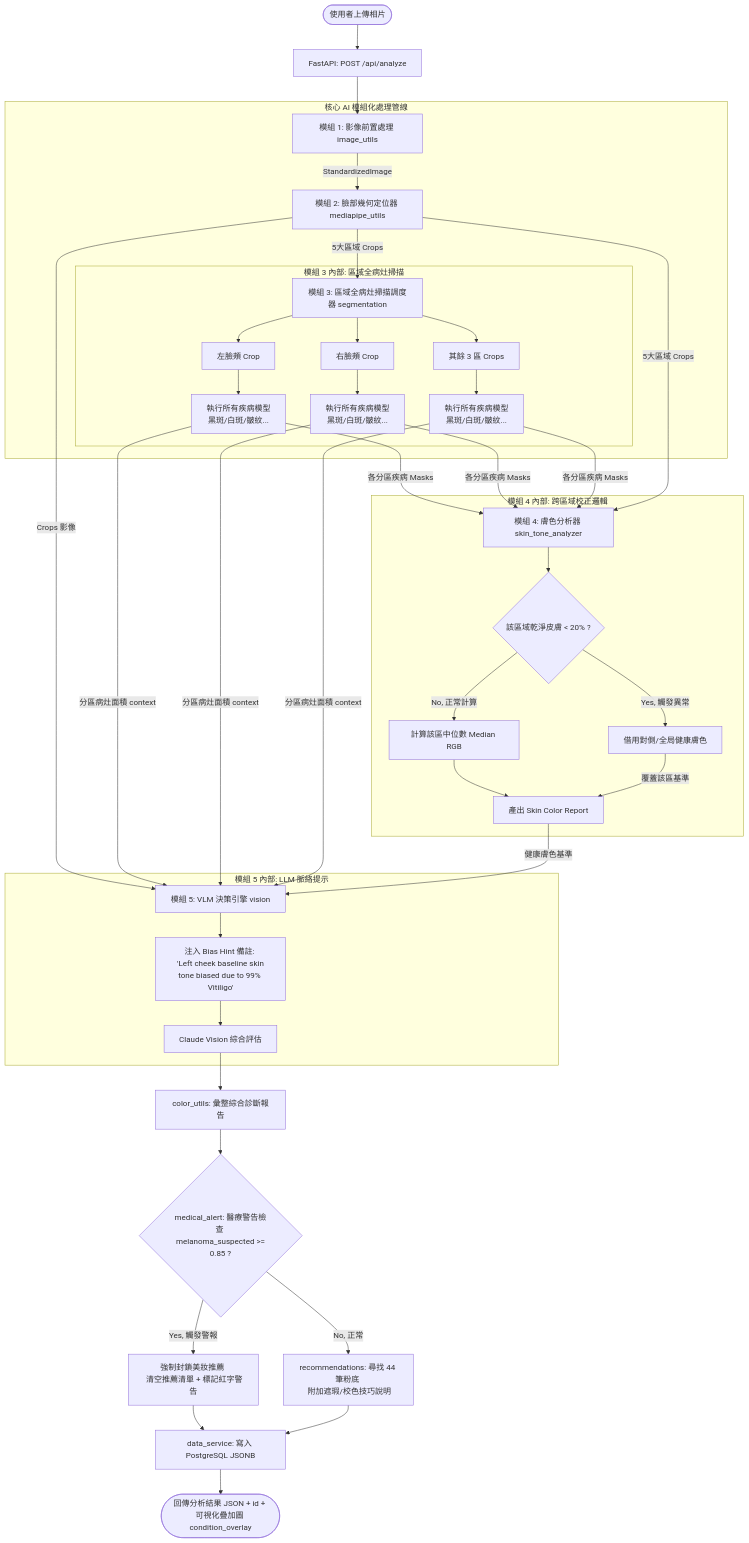
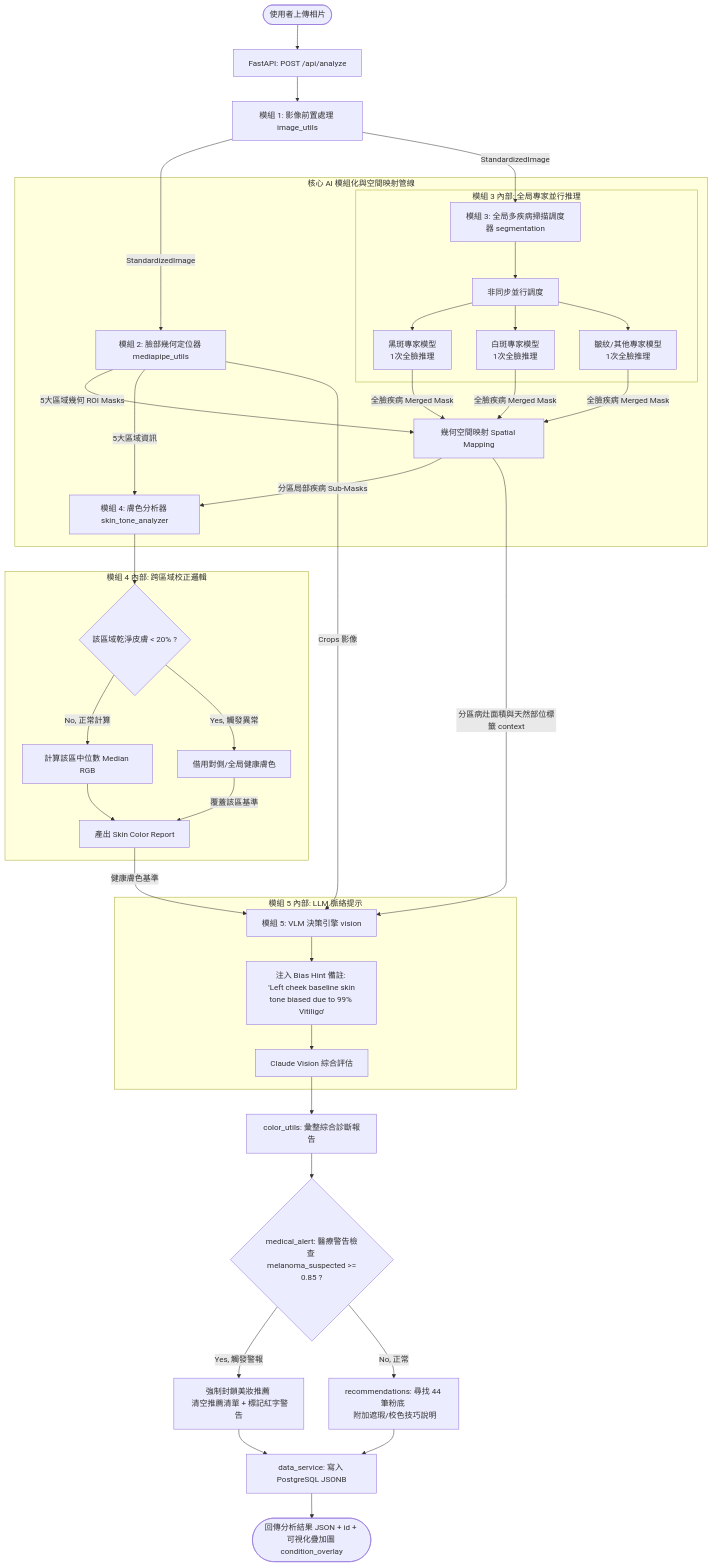
One commit to liggiaelena/Back_Lumiere changed the diagram in documentation/框架修改.md. Above: the diagram before and after it, drawn with Mermaid. The commit also changed other lines of this file and 1 other file, not shown here.

````diff
--- a/documentation/框架修改.md
+++ b/documentation/框架修改.md
@@ -5,54 +5,59 @@
 ```mermaid
 graph TD
     User([使用者上傳相片]) --> API[FastAPI: POST /api/analyze]
     API --> M1[模組 1: 影像前置處理 image_utils]
     
-    %% 核心 AI 處理管線 (M2, M3, M4)
-    subgraph AI Pipeline [核心 AI 模組化處理管線]
-        M1 -->|StandardizedImage| M2[模組 2: 臉部幾何定位器 mediapipe_utils]
+    %% M1 直接交給 M2 與 M3，維持非破壞性全臉影像推理
+    M1 -->|StandardizedImage| M2[模組 2: 臉部幾何定位器 mediapipe_utils]
+    M1 -->|StandardizedImage| M3[模組 3: 全局多疾病掃描調度器 segmentation]
+    
+    subgraph AI Pipeline [核心 AI 模組化與空間映射管線]
+        %% M2 產出全臉幾何 ROI 遮罩
+        M2 -->|5大區域幾何 ROI Masks| Map[幾何空間映射 Spatial Mapping]
         
-        %% M2 產出分區 Crops 後，再交給 M3 進行局部疾病檢測
-        M2 -->|5大區域 Crops| M3[模組 3: 區域全病灶掃描調度器 segmentation]
+        %% M3 進行全局並行推理，避免 Crop 造成模型失準，同時大幅降低 GPU 記憶體開銷
+        subgraph M3_Internal [模組 3 內部: 全局專家並行推理]
+            M3 --> ParallelScan[非同步並行調度]
+            ParallelScan --> Seg1[黑斑專家模型 \n 1次全臉推理]
+            ParallelScan --> Seg2[白斑專家模型 \n 1次全臉推理]
+            ParallelScan --> Seg3[皺紋/其他專家模型 \n 1次全臉推理]
+        end
         
-        %% M3 內部對每個區域跑所有模型
-        subgraph M3_Internal [模組 3 內部: 區域全病灶掃描]
-            M3 --> Crop1[左臉頰 Crop] --> Scan1[執行所有疾病模型 \n 黑斑/白斑/皺紋...]
-            M3 --> Crop2[右臉頰 Crop] --> Scan2[執行所有疾病模型 \n 黑斑/白斑/皺紋...]
-            M3 --> Crop3[其餘 3 區 Crops] --> Scan3[執行所有疾病模型 \n 黑斑/白斑/皺紋...]
-        end
+        %% 空間映射與融合 (利用矩陣按位與運算：Merged Mask AND ROI Mask)
+        Seg1 & Seg2 & Seg3 -->|全臉疾病 Merged Mask| Map
+        Map -->|分區局部疾病 Sub-Masks| M4[模組 4: 膚色分析器 skin_tone_analyzer]
     end
 
-    %% M4 結合分區影像與對應的局部病灶遮罩
-    Scan1 & Scan2 & Scan3 -->|各分區疾病 Masks| M4[模組 4: 膚色分析器 skin_tone_analyzer]
-    M2 -->|5大區域 Crops| M4
+    %% M4 結合 M2 的分區資訊與映射後的 Sub-Masks
+    M2 -->|5大區域資訊| M4
 
     %% M4 內部跨區域校正
     subgraph M4_Internal [模組 4 內部: 跨區域校正邏輯]
         M4 --> Step1{該區域乾淨皮膚 < 20% ?}
         Step1 -->|No, 正常計算| Normal[計算該區中位數 Median RGB]
         Step1 -->|Yes, 觸發異常| Symmetrical[借用對側/全局健康膚色]
         Normal --> Step2[產出 Skin Color Report]
         Symmetrical -->|覆蓋該區基準| Step2
     end
 
     %% M5 VLM 決策
     M2 -->|Crops 影像| M5[模組 5: VLM 決策引擎 vision]
-    Scan1 & Scan2 & Scan3 -->|分區病灶面積 context| M5
+    Map -->|分區病灶面積與天然部位標籤 context| M5
     Step2 -->|健康膚色基準| M5
     
     subgraph M5_Internal [模組 5 內部: LLM 脈絡提示]
         M5 --> Prompt[注入 Bias Hint 備註: \n 'Left cheek baseline skin tone biased due to 99% Vitiligo']
         Prompt --> Claude[Claude Vision 綜合評估]
     end
     
-    %% 決策與後處理
+    %% 決策與後處理 (整合舊版邏輯)
     Claude --> FinalReport[color_utils: 彙整綜合診斷報告]
     FinalReport --> Triage{medical_alert: 醫療警告檢查 \n melanoma_suspected >= 0.85 ?}
     Triage -->|Yes, 觸發警報| Block[強制封鎖美妝推薦 \n 清空推薦清單 + 標記紅字警告]
     Triage -->|No, 正常| RecOK[recommendations: 尋找 44 筆粉底 \n 附加遮瑕/校色技巧說明]
     
     Block --> SaveDB[data_service: 寫入 PostgreSQL JSONB]
     RecOK --> SaveDB
     
     SaveDB --> Response([回傳分析結果 JSON + id + 可視化疊加圖 condition_overlay])
 ```
````
